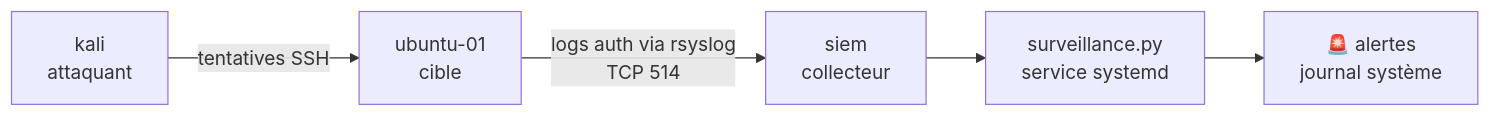
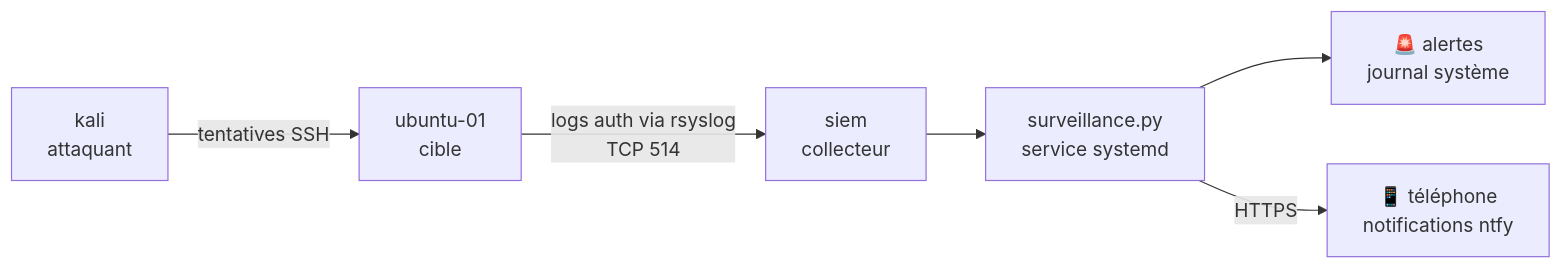
The diagram in README.md (rkaseya/mini-siem), drawn with Mermaid before and after one commit. The commit also changed other lines of this file and 2 other files, not shown here.

Commit message:
Notifications ntfy : README et service mis à jour

````diff
--- a/README.md
+++ b/README.md
@@ -19,7 +19,8 @@
 ```mermaid
 flowchart LR
     K[kali<br/>attaquant] -- tentatives SSH --> U[ubuntu-01<br/>cible]
     U -- logs auth via rsyslog<br/>TCP 514 --> S[siem<br/>collecteur]
     S --> D[surveillance.py<br/>service systemd]
     D --> A[🚨 alertes<br/>journal système]
+    D -- HTTPS --> N[📱 téléphone<br/>notifications ntfy]
 ```
````
